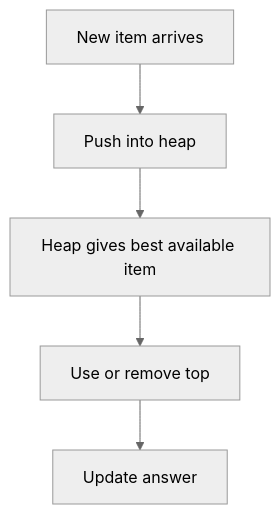
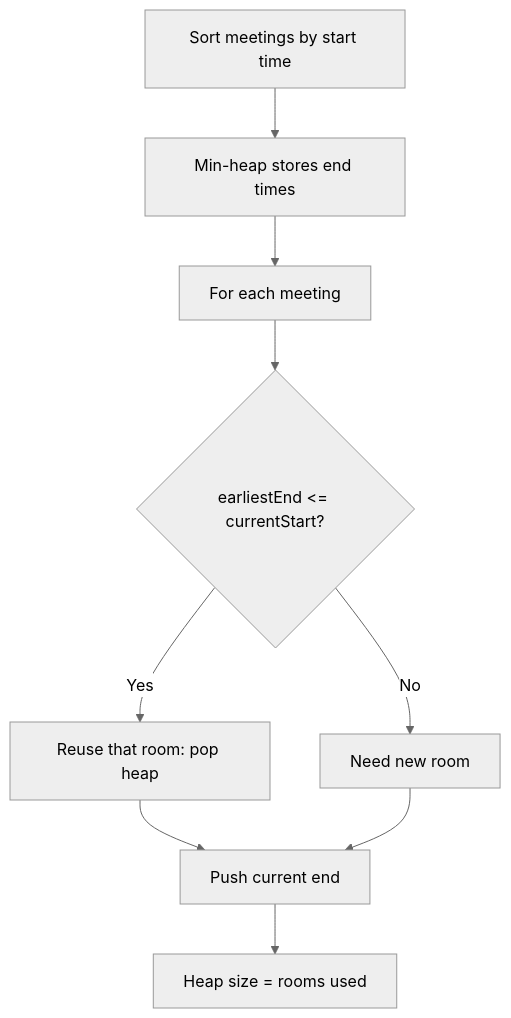
One commit to mthaiseer/springcloud-systemdesign-notes changed the tenth of 23 diagrams in CP_DSA_NOTES/TOPIC_WISE/greedy_patterns_visual_reference.md. Above: the diagram before and after it, drawn with Mermaid (neutral theme). The commit also changed other lines of this file, not shown here.

````diff
--- a/CP_DSA_NOTES/TOPIC_WISE/greedy_patterns_visual_reference.md
+++ b/CP_DSA_NOTES/TOPIC_WISE/greedy_patterns_visual_reference.md
@@ -346,7 +436,11 @@
 ```mermaid
 flowchart TD
-    A[New item arrives] --> B[Push into heap]
-    B --> C[Heap gives best available item]
-    C --> D[Use or remove top]
-    D --> E[Update answer]
+    A[Sort meetings by start time] --> B[Min-heap stores end times]
+    B --> C[For each meeting]
+    C --> D{earliestEnd <= currentStart?}
+    D -->|Yes| E[Reuse that room: pop heap]
+    D -->|No| F[Need new room]
+    E --> G[Push current end]
+    F --> G
+    G --> H[Heap size = rooms used]
 ```
````
